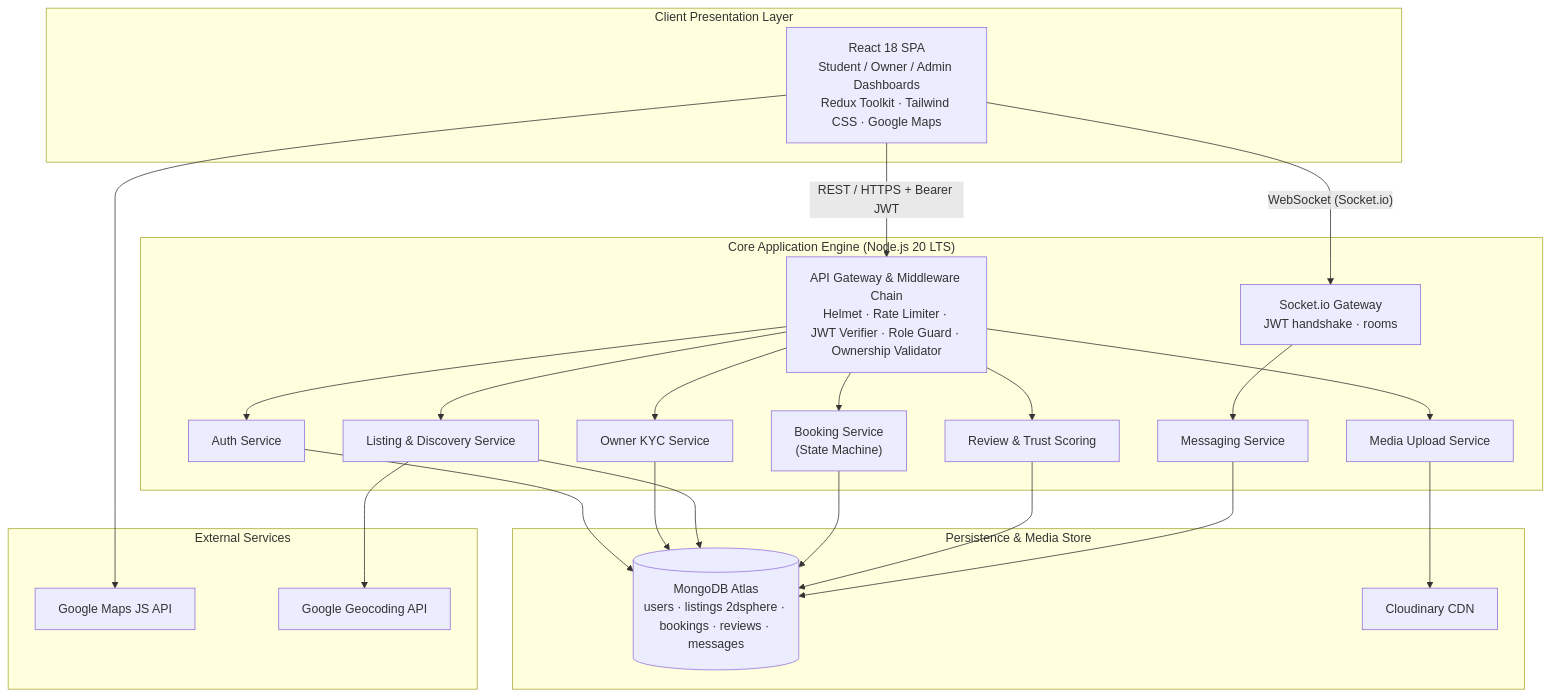
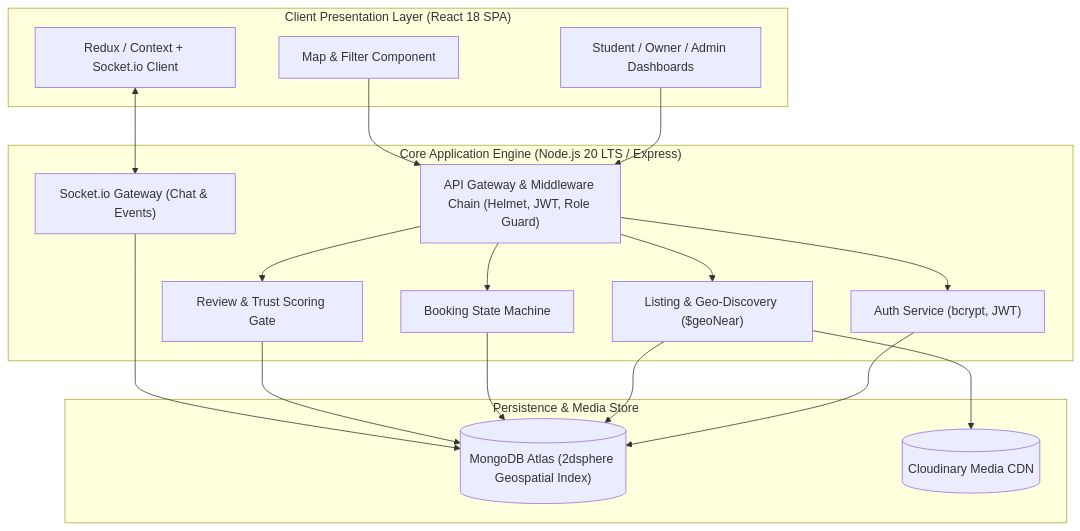
Before and after one commit to Aniket7a/thapar-pg-finder: the diagram in README.md, drawn with Mermaid. The commit also changed other lines of this file and 19 other files, not shown here.

Commit message:
Update master README with StayPG UCS503 engineering deliverables, PDF links, and diagrams

````diff
--- a/README.md
+++ b/README.md
@@ -112,37 +82,36 @@
 ```mermaid
-flowchart TB
-    subgraph Client["Client Presentation Layer"]
-        A["React 18 SPA<br/>Student / Owner / Admin Dashboards<br/>Redux Toolkit · Tailwind CSS · Google Maps"]
+flowchart TD
+    subgraph Client["Client Presentation Layer (React 18 SPA)"]
+        UI["Student / Owner / Admin Dashboards"]
+        Map["Map & Filter Component"]
+        RT["Redux / Context + Socket.io Client"]
     end
 
-    subgraph Core["Core Application Engine (Node.js 20 LTS)"]
-        B["API Gateway & Middleware Chain<br/>Helmet · Rate Limiter · JWT Verifier · Role Guard · Ownership Validator"]
-        C["Auth Service"]
-        D["Owner KYC Service"]
-        E["Listing & Discovery Service"]
-        F["Booking Service<br/>(State Machine)"]
-        G["Review & Trust Scoring"]
-        H["Media Upload Service"]
-        I["Socket.io Gateway<br/>JWT handshake · rooms"]
-        J["Messaging Service"]
+    subgraph API["Core Application Engine (Node.js 20 LTS / Express)"]
+        GW["API Gateway & Middleware Chain (Helmet, JWT, Role Guard)"]
+        AuthSvc["Auth Service (bcrypt, JWT)"]
+        ListSvc["Listing & Geo-Discovery ($geoNear)"]
+        BookSvc["Booking State Machine"]
+        ReviewSvc["Review & Trust Scoring Gate"]
+        SocketSvc["Socket.io Gateway (Chat & Events)"]
     end
 
-    subgraph Data["Persistence & Media Store"]
-        K[("MongoDB Atlas<br/>users · listings 2dsphere · bookings · reviews · messages")]
-        L["Cloudinary CDN"]
+    subgraph DB["Persistence & Media Store"]
+        Mongo[("MongoDB Atlas (2dsphere Geospatial Index)")]
+        Cloudinary[("Cloudinary Media CDN")]
     end
 
-    subgraph Ext["External Services"]
-        M["Google Maps JS API"]
-        N["Google Geocoding API"]
-    end
-
-    A -- "REST / HTTPS + Bearer JWT" --> B
-    A -- "WebSocket (Socket.io)" --> I
-    A --> M
-    B --> C & D & E & F & G & H
-    I --> J
-    C & D & E & F & G & J --> K
-    H --> L
-    E --> N
+    UI --> GW
+    Map --> GW
+    RT <--> SocketSvc
+    GW --> AuthSvc
+    GW --> ListSvc
+    GW --> BookSvc
+    GW --> ReviewSvc
+    AuthSvc --> Mongo
+    ListSvc --> Mongo
+    BookSvc --> Mongo
+    ReviewSvc --> Mongo
+    SocketSvc --> Mongo
+    ListSvc --> Cloudinary
 ```
````
